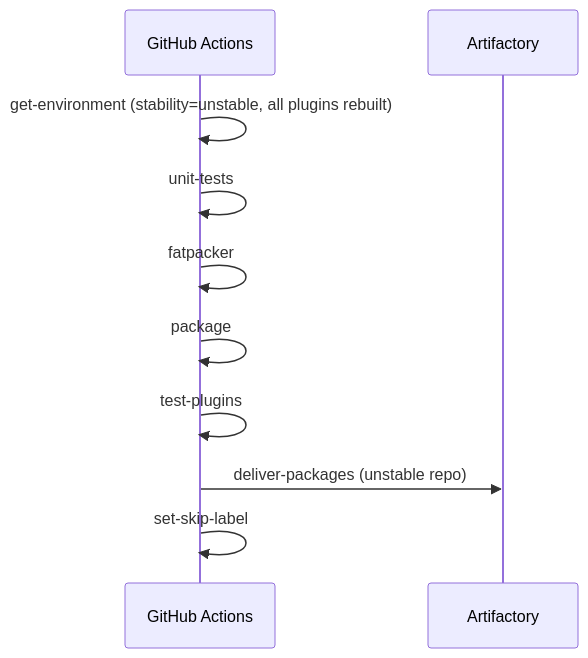
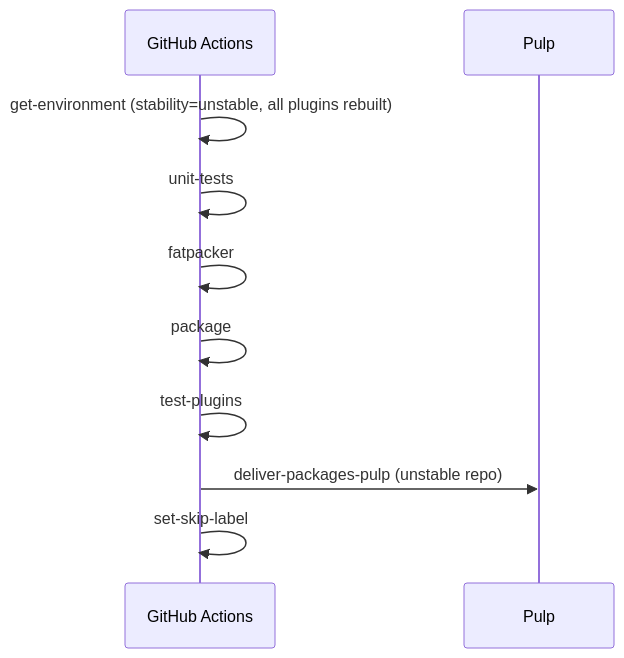
Before and after one commit to centreon/centreon-plugins: the sixth of 7 diagrams in doc/en/developer/plugins-ci.md, drawn with Mermaid. The commit also changed other lines of this file and 21 other files, not shown here.

````diff
--- a/doc/en/developer/plugins-ci.md
+++ b/doc/en/developer/plugins-ci.md
@@ -365,13 +364,13 @@
 ```mermaid
 sequenceDiagram
     participant GH as GitHub Actions
-    participant ART as Artifactory
+    participant PULP as Pulp
 
     GH->>GH: get-environment (stability=unstable, all plugins rebuilt)
     GH->>GH: unit-tests
     GH->>GH: fatpacker
     GH->>GH: package
     GH->>GH: test-plugins
-    GH->>ART: deliver-packages (unstable repo)
+    GH->>PULP: deliver-packages-pulp (unstable repo)
     GH->>GH: set-skip-label
 ```
````
